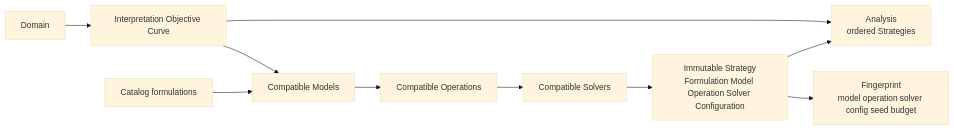
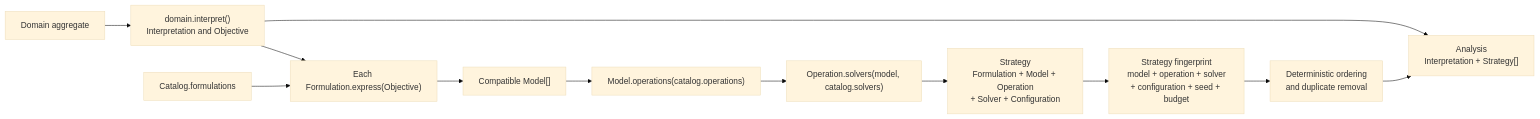
Diagram 19 of 23 in docs/mermaid-object-collaboration.md (chin/hybrid-ai-quantum-platform), drawn with Mermaid (base theme) before and after one commit. The commit also changed other lines of this file and 66 other files, not shown here.

````diff
--- a/docs/mermaid-object-collaboration.md
+++ b/docs/mermaid-object-collaboration.md
@@ -215,19 +576,18 @@
 ```mermaid
 flowchart LR
-    D[Domain]
-    I[Interpretation Objective Curve]
-    F[Catalog formulations]
-    M[Compatible Models]
-    O[Compatible Operations]
-    S[Compatible Solvers]
-    ST[Immutable Strategy<br/>Formulation Model Operation Solver Configuration]
-    FP[Fingerprint<br/>model operation solver config seed budget]
-    A[Analysis<br/>ordered Strategies]
+    D["Domain aggregate"]
+    I["domain.interpret()<br/>Interpretation and Objective"]
+    F["Catalog.formulations"]
+    FE["Each Formulation.express(Objective)"]
+    M["Compatible Model[]"]
+    O["Model.operations(catalog.operations)"]
+    S["Operation.solvers(model, catalog.solvers)"]
+    ST["Strategy<br/>Formulation + Model + Operation<br/>+ Solver + Configuration"]
+    FP["Strategy fingerprint<br/>model + operation + solver<br/>+ configuration + seed + budget"]
+    DD["Deterministic ordering<br/>and duplicate removal"]
+    A["Analysis<br/>Interpretation + Strategy[]"]
 
-    D --> I
-    I --> M
-    F --> M
-    M --> O --> S --> ST --> FP
-    ST --> A
+    D --> I --> FE
+    F --> FE --> M --> O --> S --> ST --> FP --> DD --> A
     I --> A
 ```
````
